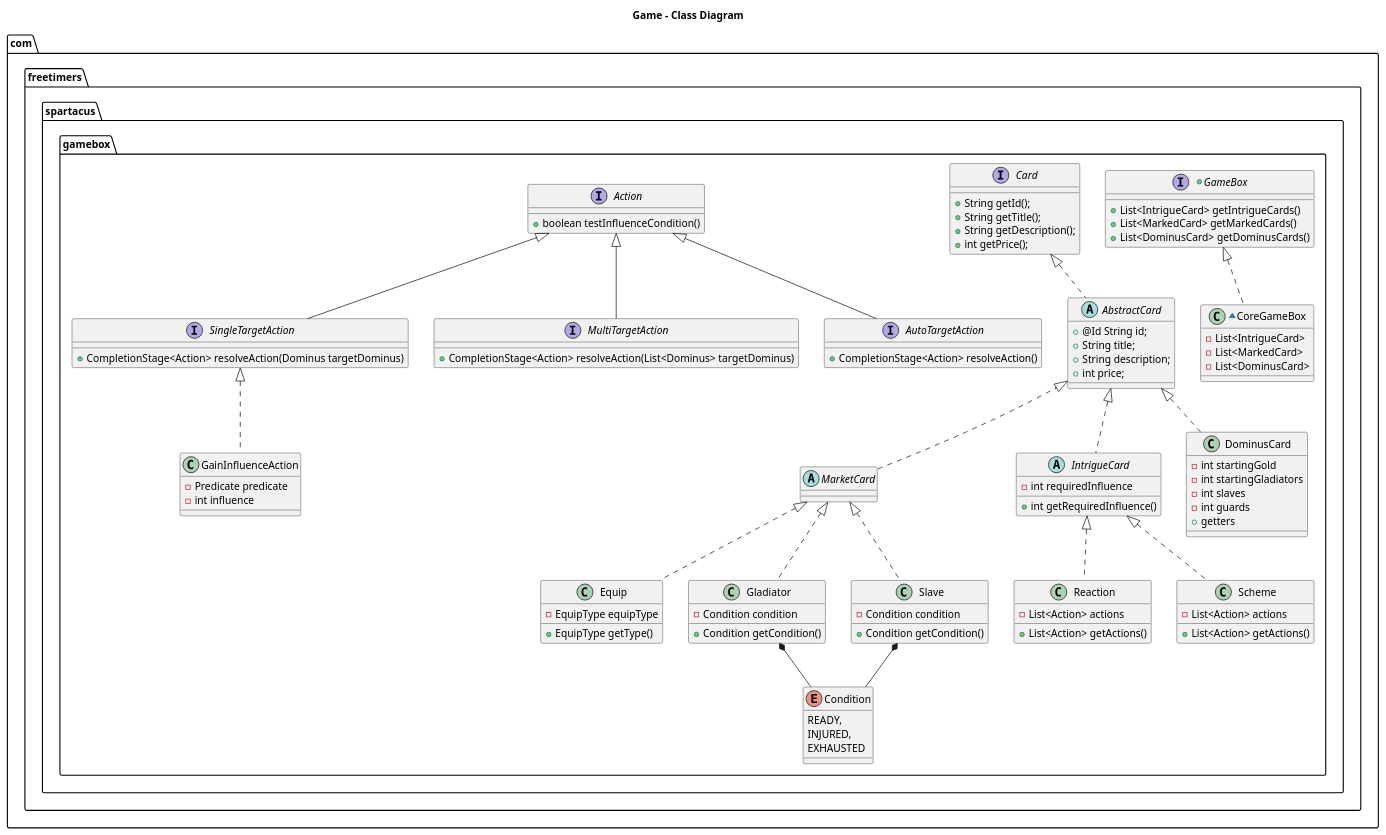
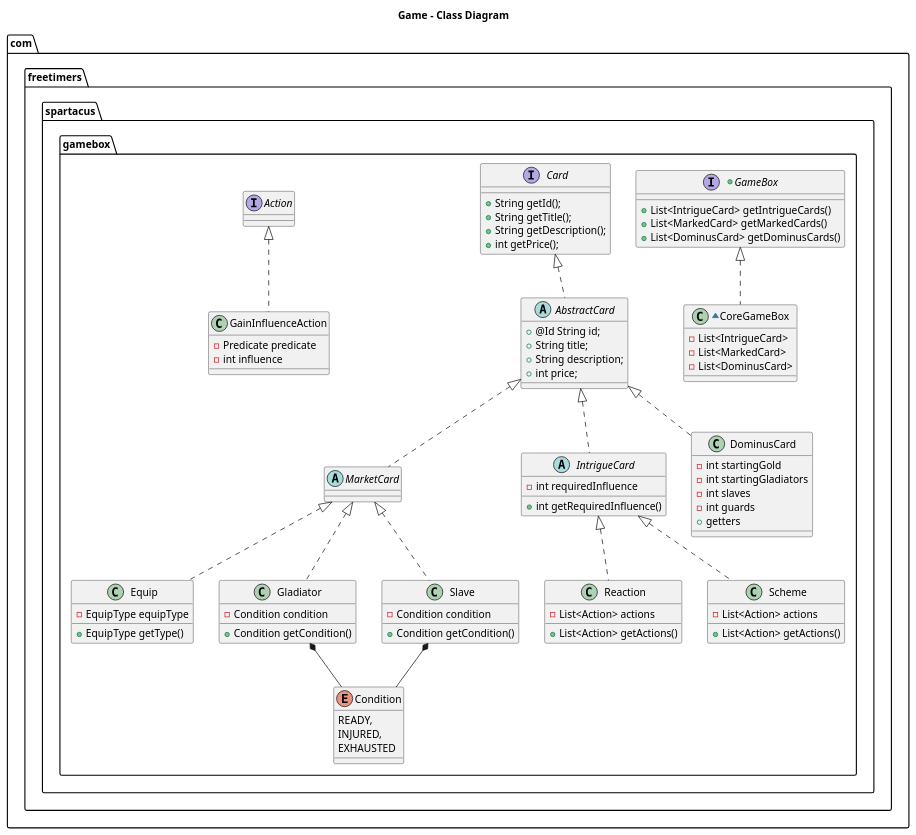
The diagram in Docs/GameBoxClassDiagram.puml (v-bodnar/Spartaaa), drawn with PlantUML before and after one commit.

Commit message:
Documentation details

```diff
--- a/Docs/GameBoxClassDiagram.puml
+++ b/Docs/GameBoxClassDiagram.puml
@@ -1,104 +1,91 @@
 @startuml
 
 title Game - Class Diagram
 
 package "com.freetimers.spartacus.gamebox"{
     +interface GameBox {
       + List<IntrigueCard> getIntrigueCards()
       + List<MarkedCard> getMarkedCards()
       + List<DominusCard> getDominusCards()
     }
 
     ~class CoreGameBox implements GameBox{
       -List<IntrigueCard>
       -List<MarkedCard>
       -List<DominusCard>
     }
 
     interface Card{
         + String getId();
         + String getTitle();
         + String getDescription();
         + int getPrice();
     }
 
     abstract class AbstractCard implements Card{
         + @Id String id;
         + String title;
         + String description;
         + int price;
     }
 
 
     abstract class MarketCard implements AbstractCard{
     }
 
     abstract class IntrigueCard implements AbstractCard{
         - int requiredInfluence
         + int getRequiredInfluence()
     }
 
     class Equip implements MarketCard{
         - EquipType equipType
         + EquipType getType()
     }
 
     class Gladiator implements MarketCard{
         - Condition condition
         + Condition getCondition()
     }
 
     class Slave implements MarketCard{
         - Condition condition
         + Condition getCondition()
     }
 
     class Reaction implements IntrigueCard{
         -List<Action> actions
         + List<Action> getActions()
     }
 
     class Scheme implements IntrigueCard{
         -List<Action> actions
         + List<Action> getActions()
     }
 
     interface Action{
-        + boolean testInfluenceCondition()
     }
 
-    interface SingleTargetAction extends Action{
-        + CompletionStage<Action> resolveAction(Dominus targetDominus)
-    }
-
-    interface MultiTargetAction extends Action{
-        + CompletionStage<Action> resolveAction(List<Dominus> targetDominus)
-    }
-
-    interface AutoTargetAction extends Action{
-        + CompletionStage<Action> resolveAction()
-    }
-
-    class GainInfluenceAction implements SingleTargetAction{
+    class GainInfluenceAction implements Action{
         - Predicate predicate
         - int influence
     }
 
     class DominusCard implements AbstractCard{
         -int startingGold
         -int startingGladiators
         -int slaves
         -int guards
         + getters
     }
 
     enum Condition{
         READY,
         INJURED,
         EXHAUSTED
     }
 
     Slave *-- Condition
     Gladiator *-- Condition
 }
 @enduml
```
